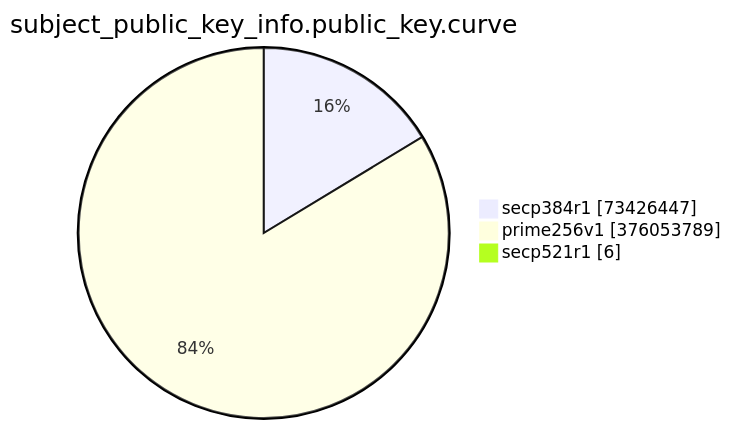
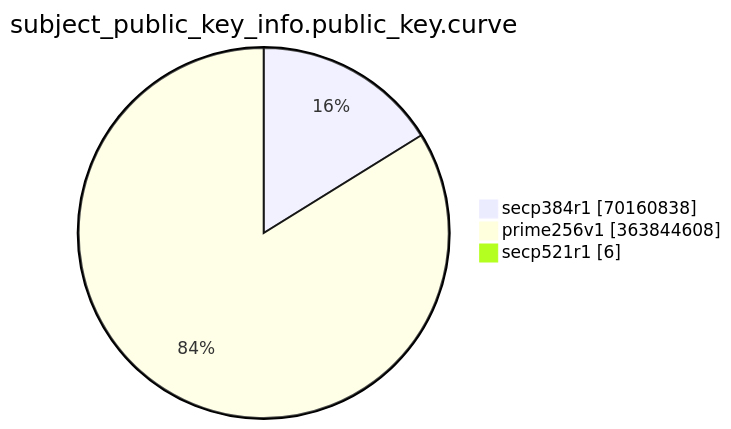
Before and after one commit to christiankrug/ctmonitor_visualization: the eighth of 15 diagrams in TOTAL/README.md, drawn with Mermaid. The commit also changed other lines of this file, not shown here.

````diff
--- a/TOTAL/README.md
+++ b/TOTAL/README.md
@@ -3092,7 +3091,7 @@
 ```mermaid
 pie showData
 title subject_public_key_info.public_key.curve
-"secp384r1" :73426447
-"prime256v1" :376053789
+"secp384r1" :70160838
+"prime256v1" :363844608
 "secp521r1" :6
 ```
````
